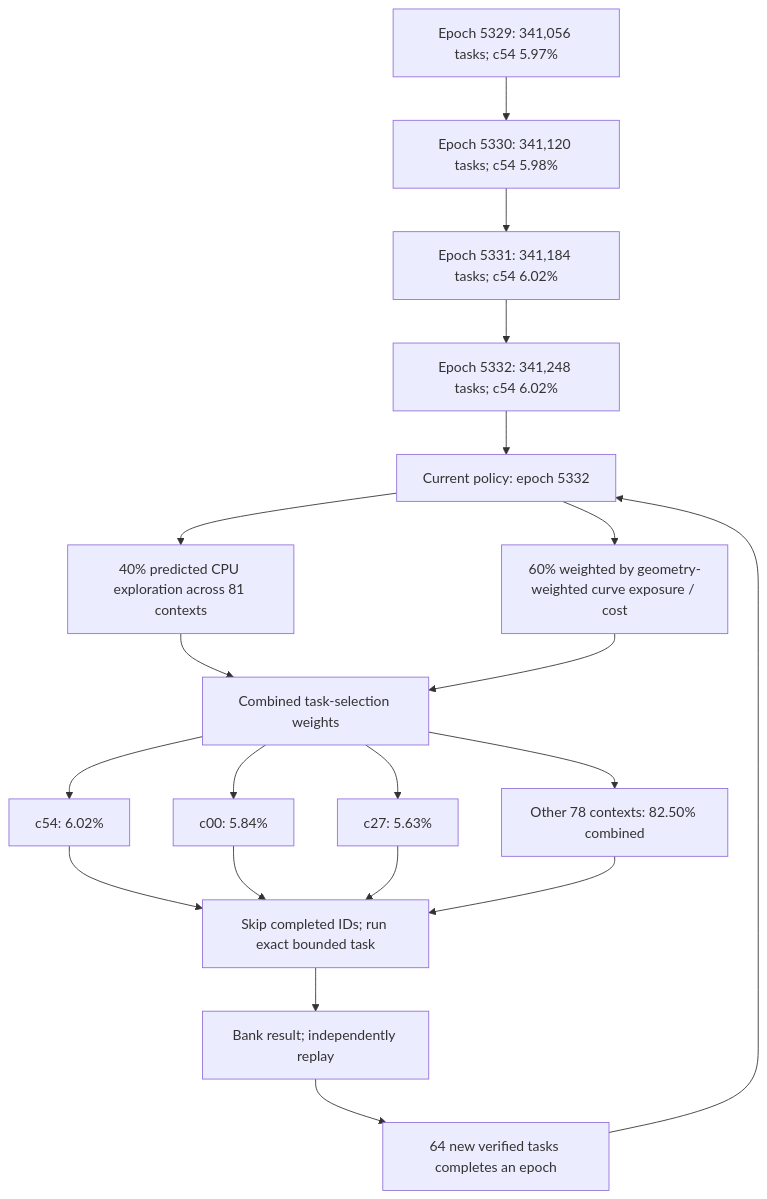
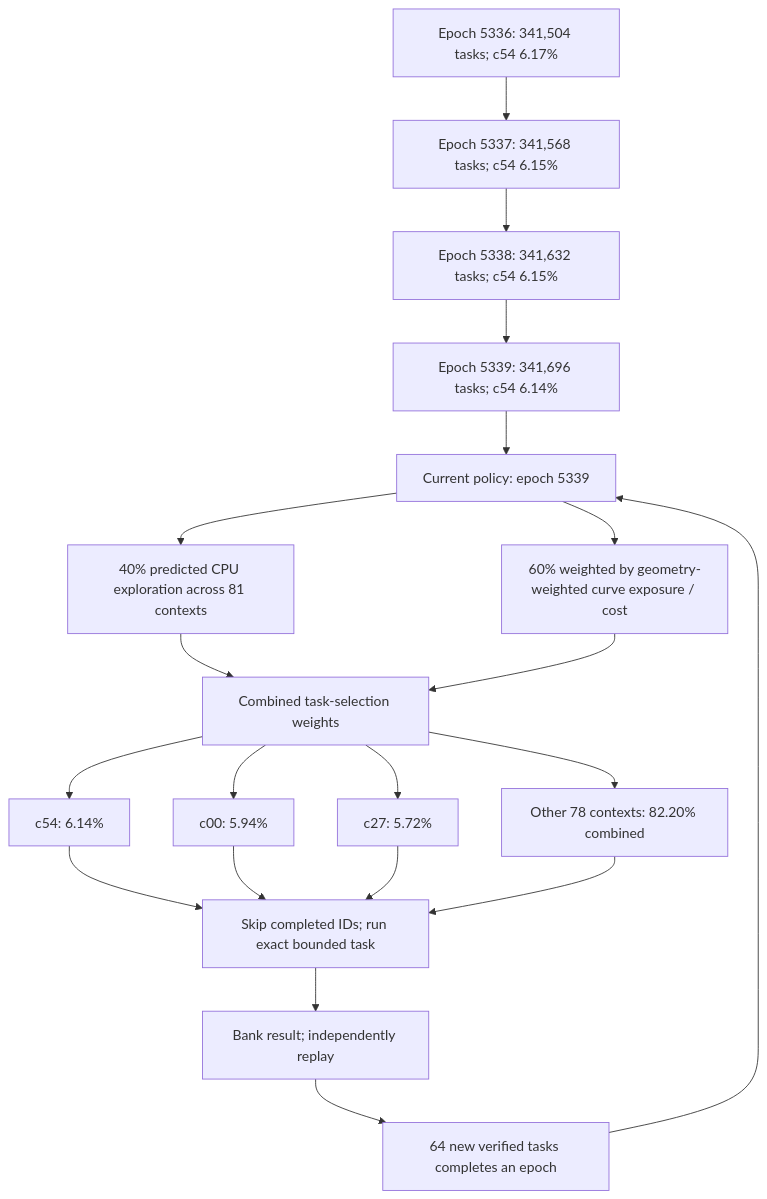
The first of 3 diagrams in README.md (Kuberwastaken/math-gambling), drawn with Mermaid before and after one commit. The commit also changed other lines of this file and 1319 other files, not shown here.

````diff
--- a/README.md
+++ b/README.md
@@ -60,27 +60,27 @@
 ```mermaid
 flowchart TD
-    H0["Epoch 5329: 341,056 tasks; c54 5.97%"]
-    H1["Epoch 5330: 341,120 tasks; c54 5.98%"]
+    H0["Epoch 5336: 341,504 tasks; c54 6.17%"]
+    H1["Epoch 5337: 341,568 tasks; c54 6.15%"]
     H0 --> H1
-    H2["Epoch 5331: 341,184 tasks; c54 6.02%"]
+    H2["Epoch 5338: 341,632 tasks; c54 6.15%"]
     H1 --> H2
-    H3["Epoch 5332: 341,248 tasks; c54 6.02%"]
+    H3["Epoch 5339: 341,696 tasks; c54 6.14%"]
     H2 --> H3
-    Policy["Current policy: epoch 5332"]
+    Policy["Current policy: epoch 5339"]
     H3 --> Policy
     Policy --> Explore["40% predicted CPU exploration across 81 contexts"]
     Policy --> Cost["60% weighted by geometry-weighted curve exposure / cost"]
     Explore --> Mix["Combined task-selection weights"]
     Cost --> Mix
-    Mix --> C0["c54: 6.02%"]
-    Mix --> C1["c00: 5.84%"]
-    Mix --> C2["c27: 5.63%"]
-    Mix --> Rest["Other 78 contexts: 82.50% combined"]
+    Mix --> C0["c54: 6.14%"]
+    Mix --> C1["c00: 5.94%"]
+    Mix --> C2["c27: 5.72%"]
+    Mix --> Rest["Other 78 contexts: 82.20% combined"]
     C0 --> Check["Skip completed IDs; run exact bounded task"]
     C1 --> Check
     C2 --> Check
     Rest --> Check
     Check --> Replay["Bank result; independently replay"]
     Replay --> Gate["64 new verified tasks completes an epoch"]
     Gate --> Policy
 ```
````
